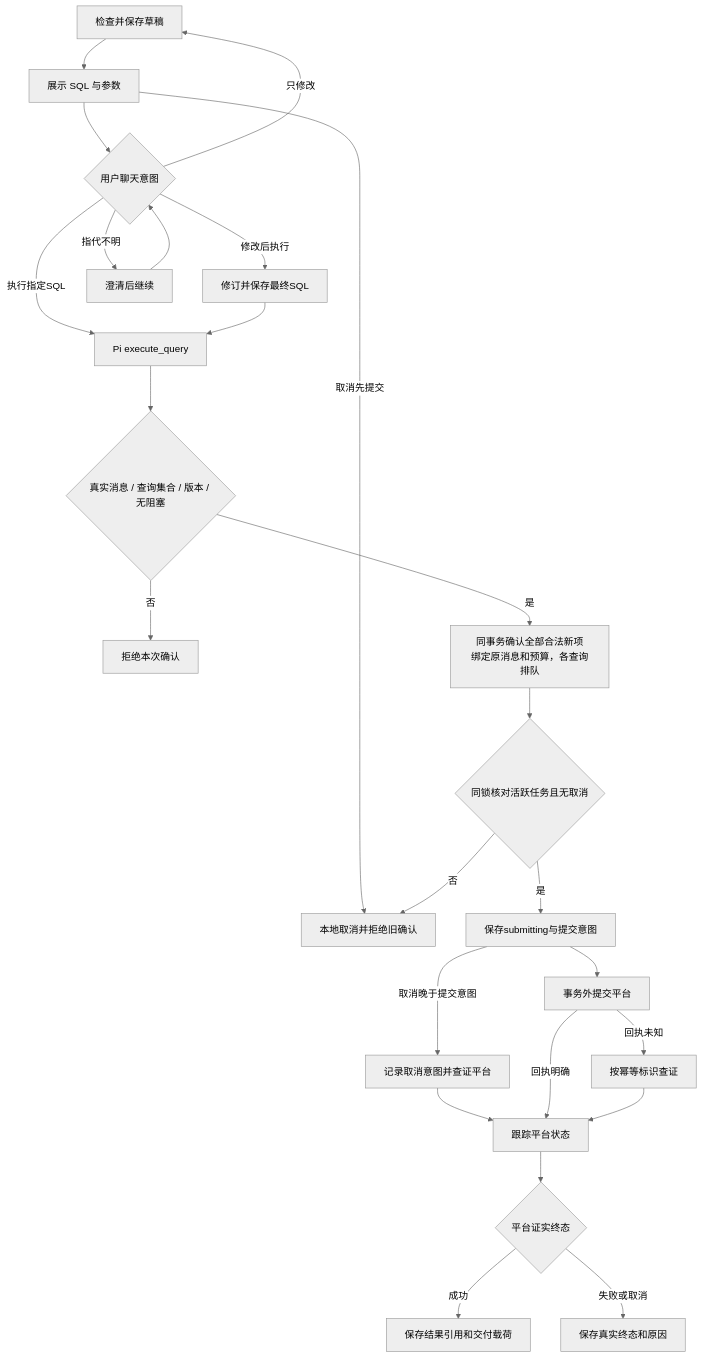
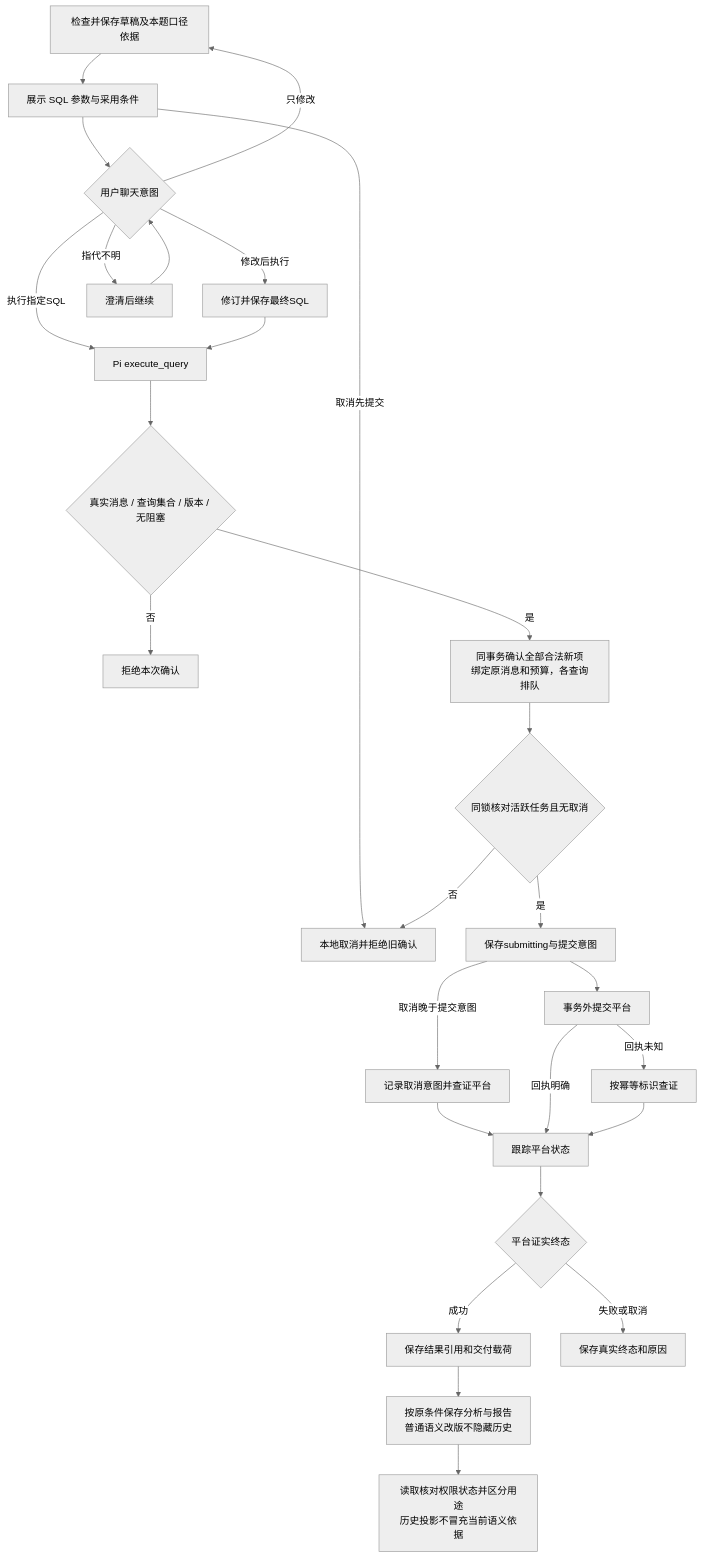
Before and after one commit to yaoziyaoguai/data_agent: the sixth of 8 diagrams in docs/architecture/runtime-modules.md, drawn with Mermaid (neutral theme). The commit also changed other lines of this file and 55 other files, not shown here.

````diff
--- a/docs/architecture/runtime-modules.md
+++ b/docs/architecture/runtime-modules.md
@@ -260,27 +266,29 @@
 ```mermaid
 flowchart TD
-  A[检查并保存草稿] --> B[展示 SQL 与参数]
+  A[检查并保存草稿及本题口径依据] --> B[展示 SQL 参数与采用条件]
   B --> U{用户聊天意图}
   U -->|只修改| A
   U -->|修改后执行| Rev[修订并保存最终SQL]
   U -->|执行指定SQL| Auth[Pi execute_query]
   U -->|指代不明| Ask[澄清后继续]
   Ask --> U
   Rev --> Auth
   Auth --> C{真实消息 / 查询集合 / 版本 / 无阻塞}
   C -->|否| X[拒绝本次确认]
   C -->|是| D[同事务确认全部合法新项<br/>绑定原消息和预算，各查询排队]
   B -->|取消先提交| L[本地取消并拒绝旧确认]
   D --> S{同锁核对活跃任务且无取消}
   S -->|否| L
   S -->|是| Intent[保存submitting与提交意图]
   Intent --> E[事务外提交平台]
   Intent -->|取消晚于提交意图| Cancel[记录取消意图并查证平台]
   Cancel --> F
   E -->|回执明确| F[跟踪平台状态]
   E -->|回执未知| G[按幂等标识查证]
   G --> F
   F --> H{平台证实终态}
   H -->|成功| I[保存结果引用和交付载荷]
+  I --> History[按原条件保存分析与报告<br/>普通语义改版不隐藏历史]
+  History --> Access[读取核对权限状态并区分用途<br/>历史投影不冒充当前语义依据]
   H -->|失败或取消| J[保存真实终态和原因]
 ```
````
